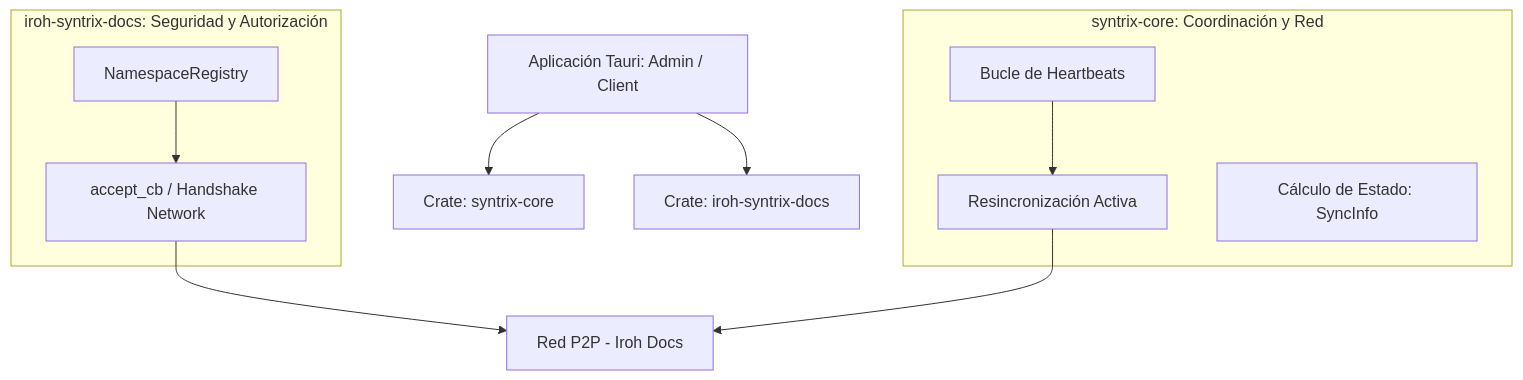
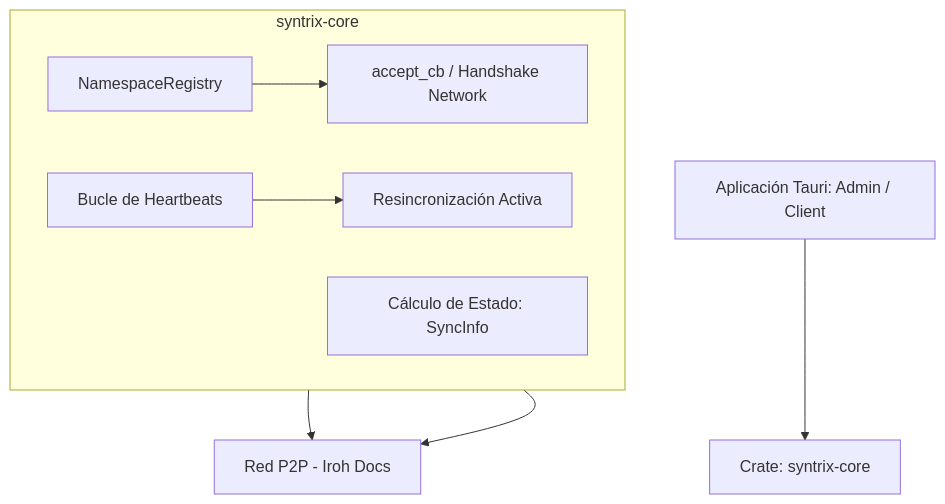
One commit to royalcala/syntrix-monorepo changed the diagram in apps/docs/src/content/docs/arquitectura/sincronizacion.md. Above: the diagram before and after it, drawn with Mermaid. The commit also changed other lines of this file and 1 other file, not shown here.

Commit message:
feat: update documentation to reflect changes in crate references and security architecture

````diff
--- a/apps/docs/src/content/docs/arquitectura/sincronizacion.md
+++ b/apps/docs/src/content/docs/arquitectura/sincronizacion.md
@@ -16,17 +16,14 @@
 ```mermaid
 graph TD
     A[Aplicación Tauri: Admin / Client] --> B[Crate: syntrix-core]
-    A --> C[Crate: iroh-syntrix-docs]
     
-    subgraph iroh-syntrix-docs: Seguridad y Autorización
-        C1[NamespaceRegistry] --> C2[accept_cb / Handshake Network]
-    end
-    
-    subgraph syntrix-core: Coordinación y Red
-        B1[Bucle de Heartbeats] --> B2[Resincronización Activa]
-        B3[Cálculo de Estado: SyncInfo]
+    subgraph syntrix-core
+        direction LR
+        B1[NamespaceRegistry] --> B2[accept_cb / Handshake Network]
+        B3[Bucle de Heartbeats] --> B4[Resincronización Activa]
+        B5[Cálculo de Estado: SyncInfo]
     end
 
-    C2 --> D[Red P2P - Iroh Docs]
-    B2 --> D
+    B2 --> C[Red P2P - Iroh Docs]
+    B4 --> C
 ```
````
